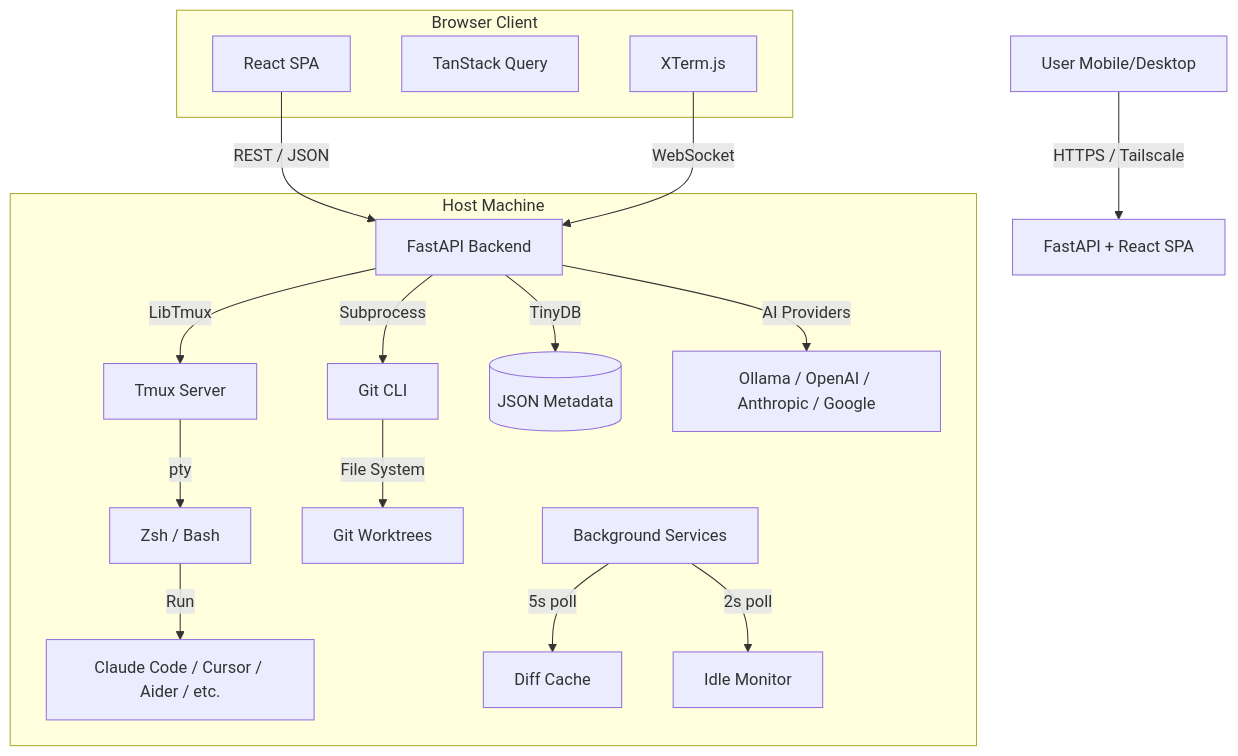
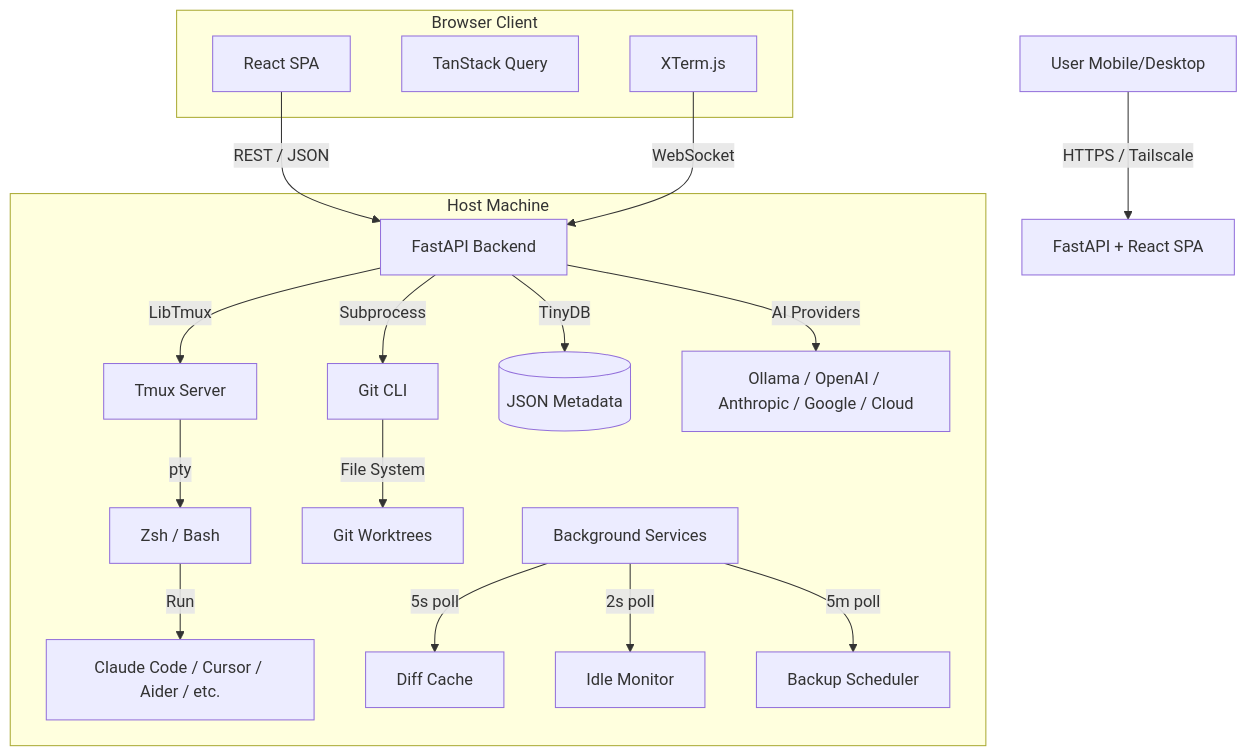
One commit to voglster/lumbergh changed the diagram in docs-src/architecture.md. Above: the diagram before and after it, drawn with Mermaid. The commit also changed other lines of this file and 9 other files, not shown here.

````diff
--- a/docs-src/architecture.md
+++ b/docs-src/architecture.md
@@ -7,29 +7,30 @@
 ```mermaid
 graph TD
     User[User Mobile/Desktop] -->|HTTPS / Tailscale| App[FastAPI + React SPA]
 
     subgraph Host Machine
         API[FastAPI Backend] -->|LibTmux| Tmux[Tmux Server]
         API -->|Subprocess| Git[Git CLI]
         API -->|TinyDB| DB[(JSON Metadata)]
-        API -->|AI Providers| AI[Ollama / OpenAI / Anthropic / Google]
+        API -->|AI Providers| AI[Ollama / OpenAI / Anthropic / Google / Cloud]
 
         Tmux -->|pty| Shell[Zsh / Bash]
         Shell -->|Run| Claude[Claude Code / Cursor / Aider / etc.]
 
         Git -->|File System| Worktrees[Git Worktrees]
 
         BG[Background Services]
         BG -->|5s poll| DiffCache[Diff Cache]
         BG -->|2s poll| IdleMonitor[Idle Monitor]
+        BG -->|5m poll| BackupSched[Backup Scheduler]
     end
 
     subgraph Browser Client
         React[React SPA]
         Store[TanStack Query]
         Term[XTerm.js]
     end
 
     React -->|REST / JSON| API
     Term -->|WebSocket| API
 ```
````
